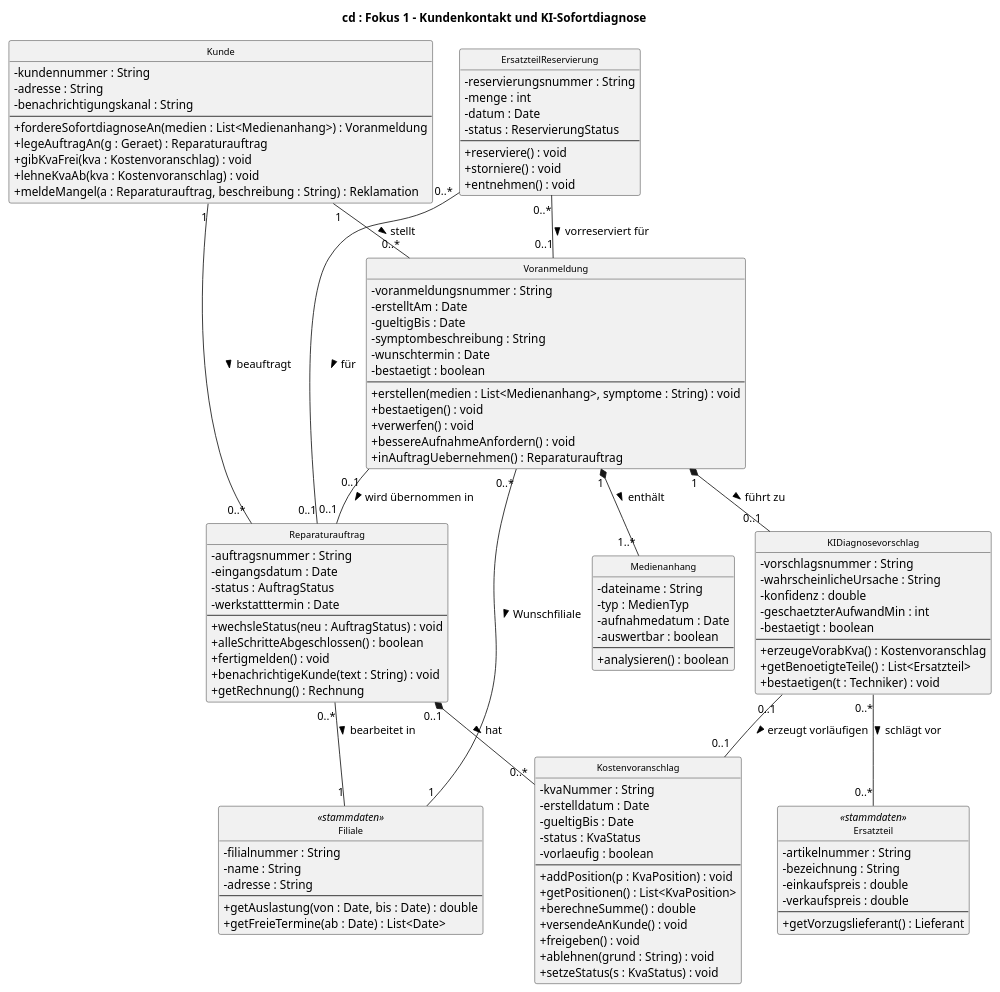
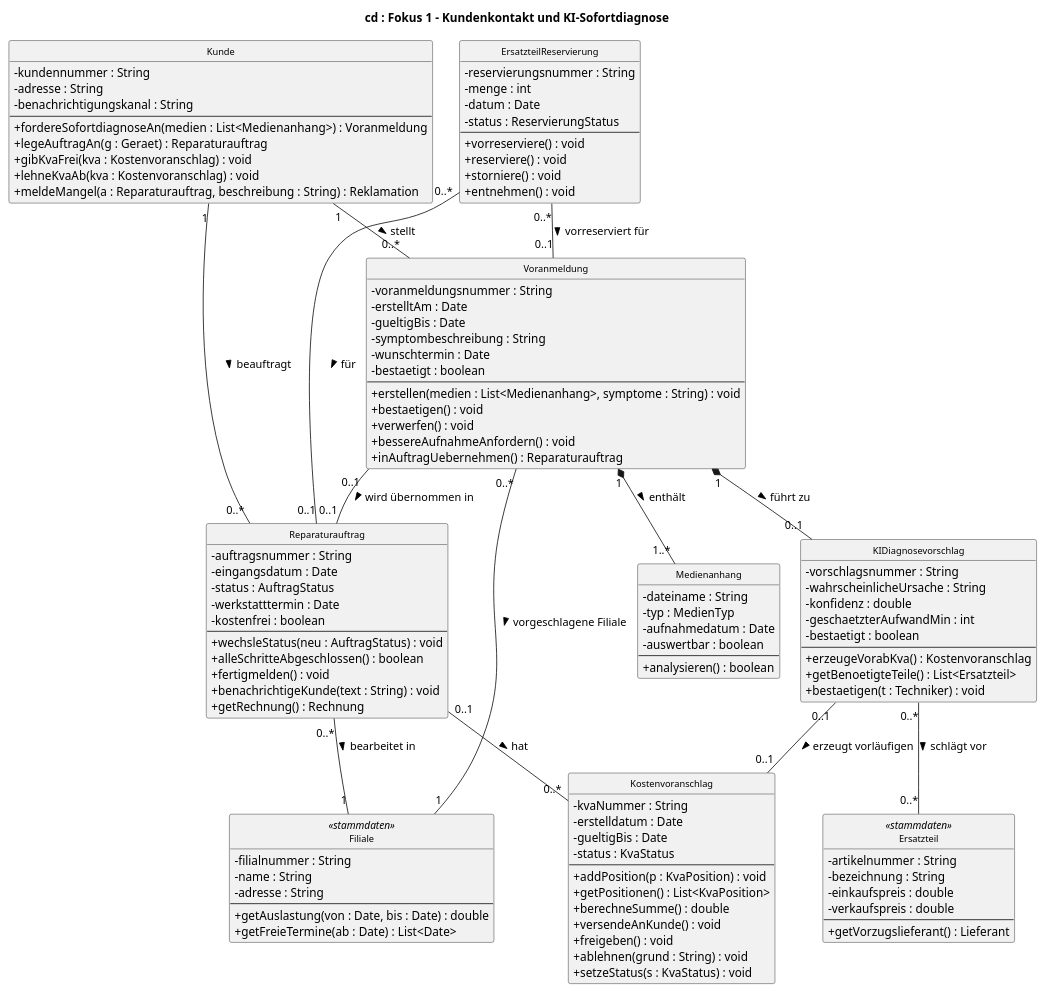
Before and after one commit to jakobschwan123-cmd/casestudy-semester-3: the diagram in uml/klassen-fokus-1-sofortdiagnose.puml, drawn with PlantUML. The commit also changed 75 other files, not shown here.

```diff
--- a/uml/klassen-fokus-1-sofortdiagnose.puml
+++ b/uml/klassen-fokus-1-sofortdiagnose.puml
@@ -1,119 +1,120 @@
 @startuml
 skinparam classAttributeIconSize 0
 skinparam defaultFontName Arial
 skinparam classFontSize 11
 skinparam nodesep 25
 skinparam ranksep 45
 hide circle
 title cd : Fokus 1 – Kundenkontakt und KI-Sofortdiagnose
 
 class Kunde {
   - kundennummer : String
   - adresse : String
   - benachrichtigungskanal : String
   --
   + fordereSofortdiagnoseAn(medien : List<Medienanhang>) : Voranmeldung
   + legeAuftragAn(g : Geraet) : Reparaturauftrag
   + gibKvaFrei(kva : Kostenvoranschlag) : void
   + lehneKvaAb(kva : Kostenvoranschlag) : void
   + meldeMangel(a : Reparaturauftrag, beschreibung : String) : Reklamation
 }
 class Voranmeldung {
   - voranmeldungsnummer : String
   - erstelltAm : Date
   - gueltigBis : Date
   - symptombeschreibung : String
   - wunschtermin : Date
   - bestaetigt : boolean
   --
   + erstellen(medien : List<Medienanhang>, symptome : String) : void
   + bestaetigen() : void
   + verwerfen() : void
   + bessereAufnahmeAnfordern() : void
   + inAuftragUebernehmen() : Reparaturauftrag
 }
 class Medienanhang {
   - dateiname : String
   - typ : MedienTyp
   - aufnahmedatum : Date
   - auswertbar : boolean
   --
   + analysieren() : boolean
 }
 class KIDiagnosevorschlag {
   - vorschlagsnummer : String
   - wahrscheinlicheUrsache : String
   - konfidenz : double
   - geschaetzterAufwandMin : int
   - bestaetigt : boolean
   --
   + erzeugeVorabKva() : Kostenvoranschlag
   + getBenoetigteTeile() : List<Ersatzteil>
   + bestaetigen(t : Techniker) : void
 }
 class Kostenvoranschlag {
   - kvaNummer : String
   - erstelldatum : Date
   - gueltigBis : Date
   - status : KvaStatus
-  - vorlaeufig : boolean
   --
   + addPosition(p : KvaPosition) : void
   + getPositionen() : List<KvaPosition>
   + berechneSumme() : double
   + versendeAnKunde() : void
   + freigeben() : void
   + ablehnen(grund : String) : void
   + setzeStatus(s : KvaStatus) : void
 }
 class ErsatzteilReservierung {
   - reservierungsnummer : String
   - menge : int
   - datum : Date
   - status : ReservierungStatus
   --
+  + vorreserviere() : void
   + reserviere() : void
   + storniere() : void
   + entnehmen() : void
 }
 class Filiale <<stammdaten>> {
   - filialnummer : String
   - name : String
   - adresse : String
   --
   + getAuslastung(von : Date, bis : Date) : double
   + getFreieTermine(ab : Date) : List<Date>
 }
 class Reparaturauftrag {
   - auftragsnummer : String
   - eingangsdatum : Date
   - status : AuftragStatus
   - werkstatttermin : Date
+  - kostenfrei : boolean
   --
   + wechsleStatus(neu : AuftragStatus) : void
   + alleSchritteAbgeschlossen() : boolean
   + fertigmelden() : void
   + benachrichtigeKunde(text : String) : void
   + getRechnung() : Rechnung
 }
 class Ersatzteil <<stammdaten>> {
   - artikelnummer : String
   - bezeichnung : String
   - einkaufspreis : double
   - verkaufspreis : double
   --
   + getVorzugslieferant() : Lieferant
 }
 Kunde "1" -down- "0..*" Voranmeldung : stellt >
 Kunde "1" -down- "0..*" Reparaturauftrag : beauftragt >
 Voranmeldung "1" *-down- "1..*" Medienanhang : enthält >
 Voranmeldung "1" *-down- "0..1" KIDiagnosevorschlag : führt zu >
-Voranmeldung "0..*" -- "1" Filiale : Wunschfiliale >
+Voranmeldung "0..*" -- "1" Filiale : vorgeschlagene Filiale >
 Voranmeldung "0..1" -- "0..1" Reparaturauftrag : wird übernommen in >
 KIDiagnosevorschlag "0..1" -- "0..1" Kostenvoranschlag : erzeugt vorläufigen >
 KIDiagnosevorschlag "0..*" -- "0..*" Ersatzteil : schlägt vor >
 Reparaturauftrag "0..*" -- "1" Filiale : bearbeitet in >
-Reparaturauftrag "0..1" *-- "0..*" Kostenvoranschlag : hat >
+Reparaturauftrag "0..1" -- "0..*" Kostenvoranschlag : hat >
 ErsatzteilReservierung "0..*" -- "0..1" Reparaturauftrag : für >
 ErsatzteilReservierung "0..*" -- "0..1" Voranmeldung : vorreserviert für >
 @enduml
```
